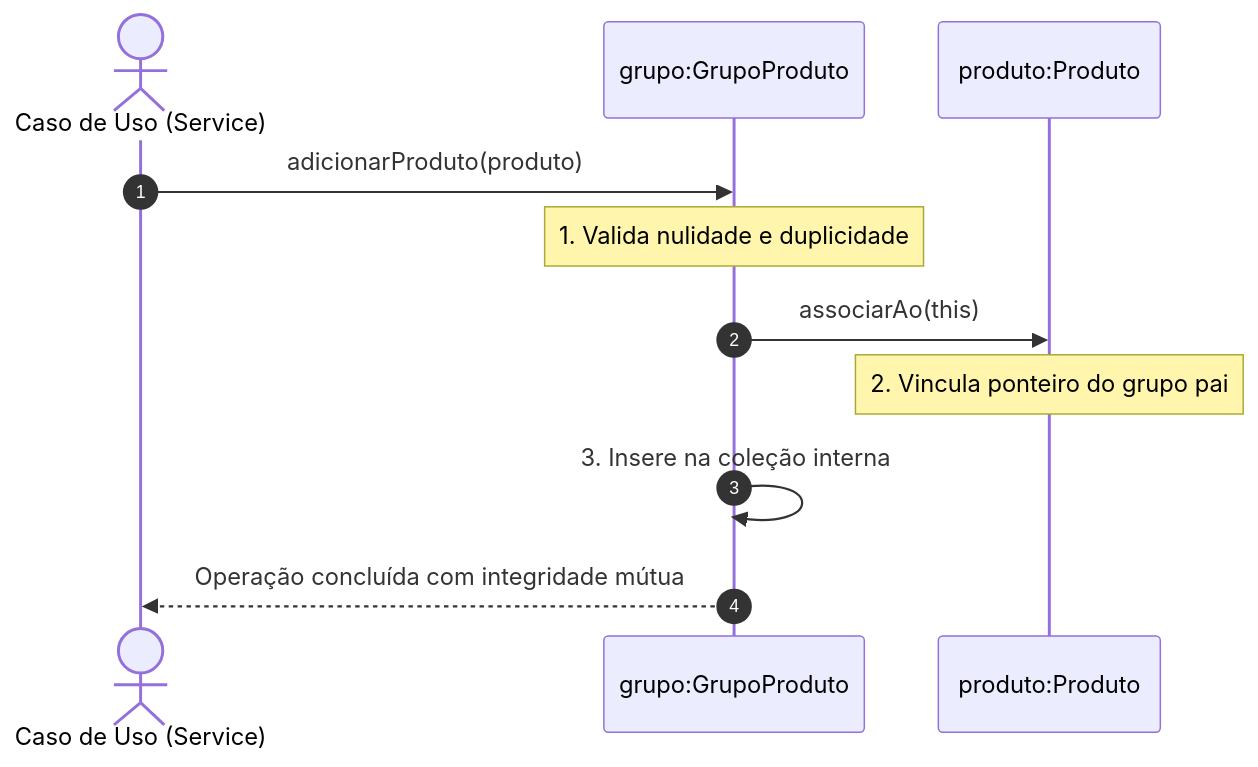
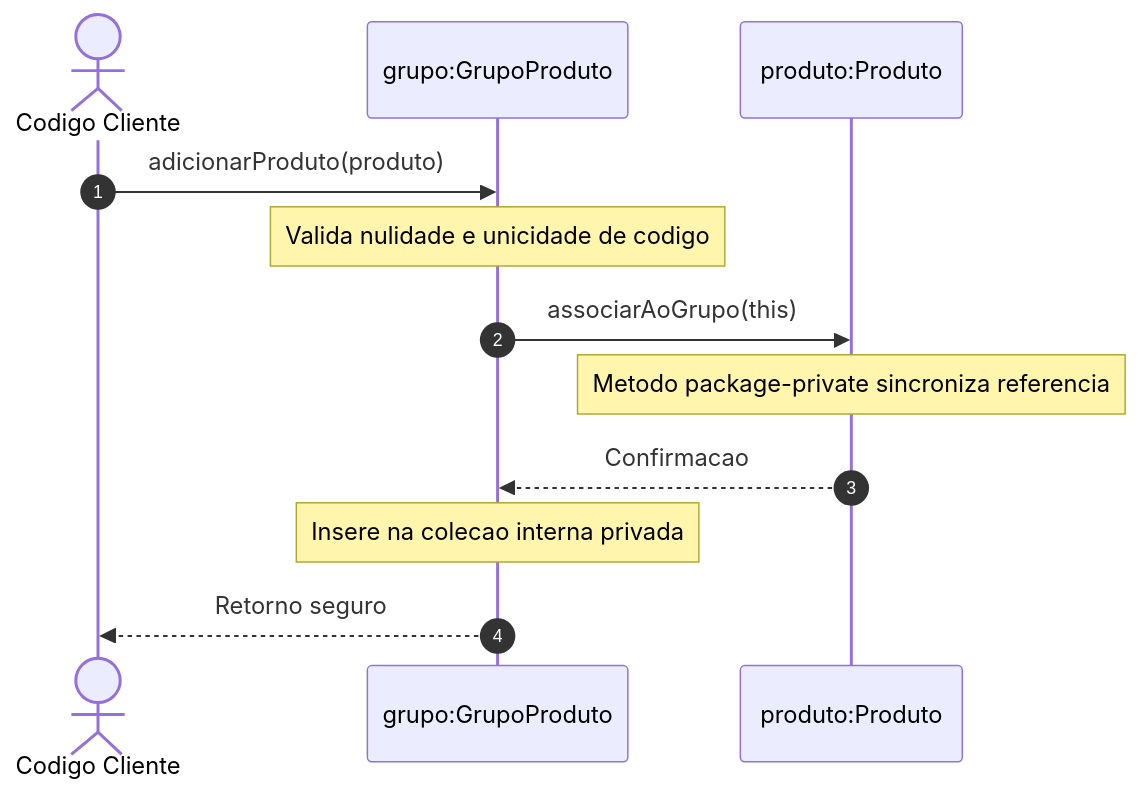
One commit to murilolol/unifef changed diagram 12 of 23 in 4º Semestre/[Prof. Jefferson Passerini] Laboratório de Programação IV/Resumos-IA/Simulados-Comentados.md. Above: the diagram before and after it, drawn with Mermaid. The commit also changed other lines of this file and 58 other files, not shown here.

````diff
--- a/4º Semestre/[Prof. Jefferson Passerini] Laboratório de Programação IV/Resumos-IA/Simulados-Comentados.md
+++ b/4º Semestre/[Prof. Jefferson Passerini] Laboratório de Programação IV/Resumos-IA/Simulados-Comentados.md
@@ -261,14 +630,15 @@
 ```mermaid
 sequenceDiagram
- autonumber
- actor Servico as Caso de Uso (Service)
- participant Grupo as grupo:GrupoProduto
- participant Prod as produto:Produto
+    autonumber
+    actor Cliente as Codigo Cliente
+    participant Pai as grupo:GrupoProduto
+    participant Filho as produto:Produto
 
- Servico->>Grupo: adicionarProduto(produto)
- Note over Grupo: 1. Valida nulidade e duplicidade
- Grupo->>Prod: associarAo(this)
- Note over Prod: 2. Vincula ponteiro do grupo pai
- Grupo->>Grupo: 3. Insere na coleção interna
- Grupo-->>Servico: Operação concluída com integridade mútua
+    Cliente->>Pai: adicionarProduto(produto)
+    Note over Pai: Valida nulidade e unicidade de codigo
+    Pai->>Filho: associarAoGrupo(this)
+    Note over Filho: Metodo package-private sincroniza referencia
+    Filho-->>Pai: Confirmacao
+    Note over Pai: Insere na colecao interna privada
+    Pai-->>Cliente: Retorno seguro
 ```
````
